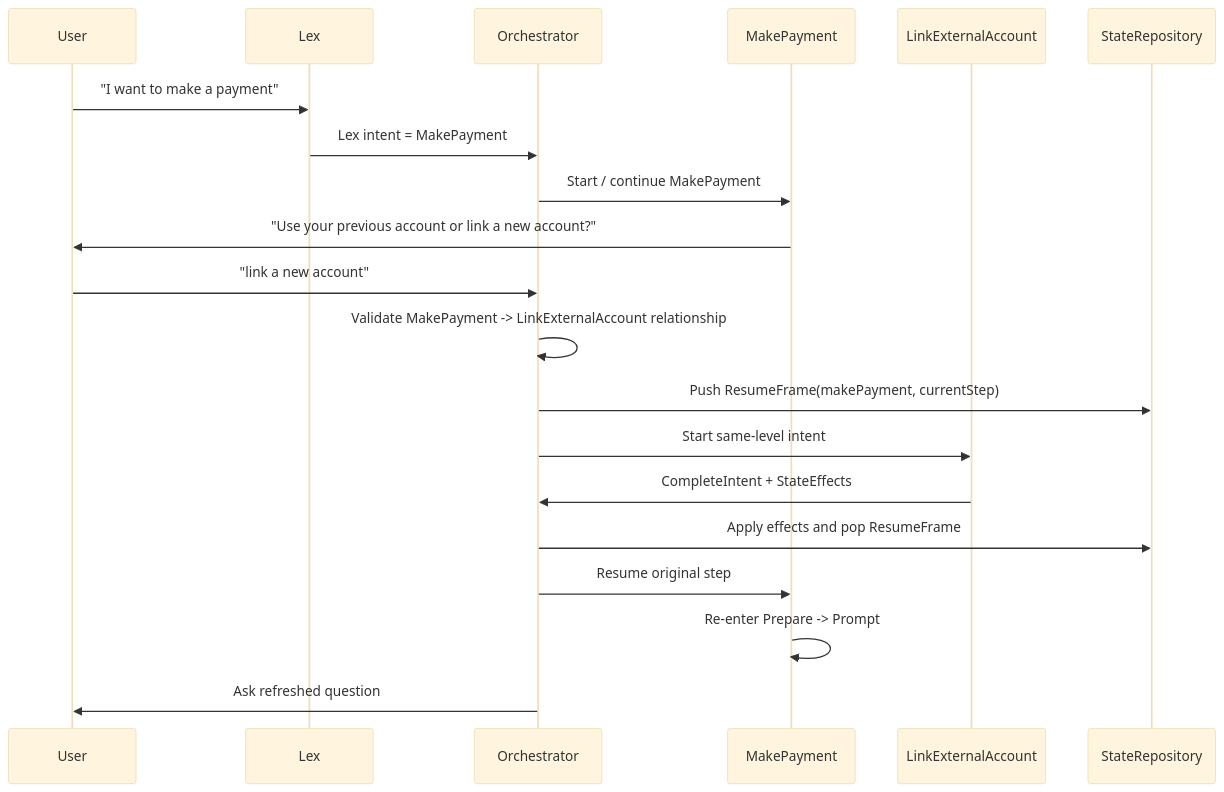
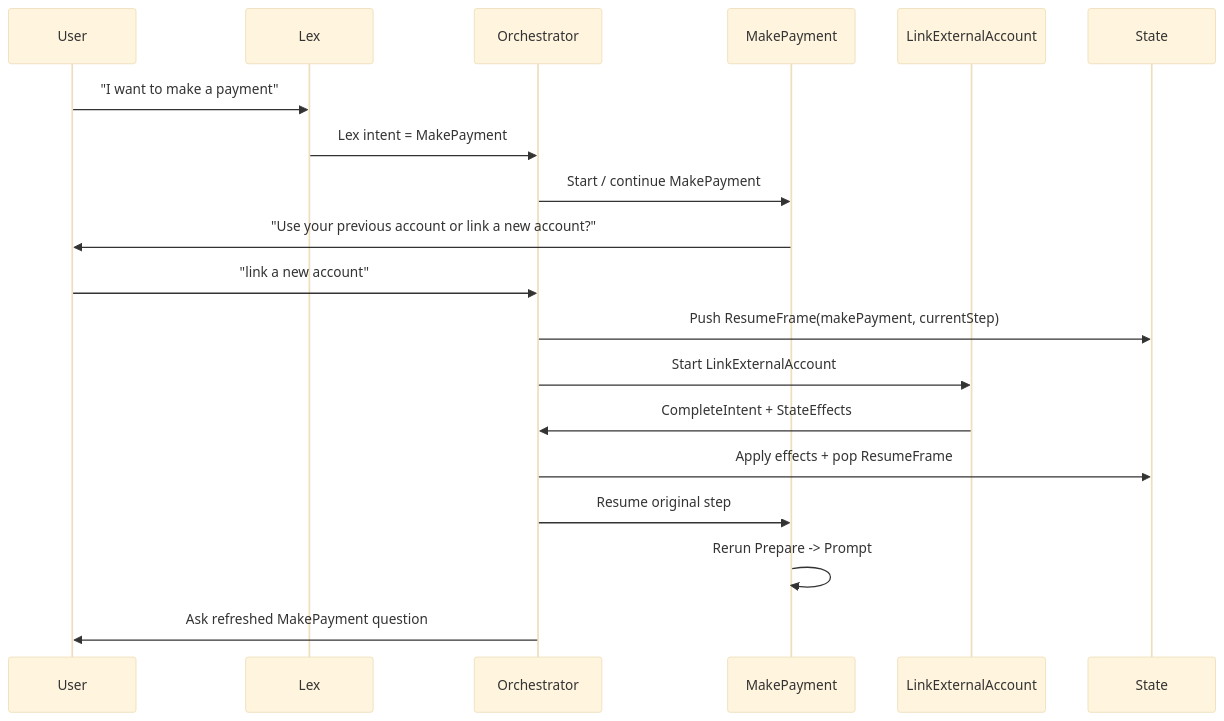
The third of 8 diagrams in docs/superpowers/specs/2026-06-07-intent-step-orchestration-confluence.md (fghjkl007/adk-go-company-model-integration), drawn with Mermaid (base theme) before and after one commit. The commit also changed other lines of this file, not shown here.

Commit message:
docs: simplify confluence demo diagrams

````diff
--- a/docs/superpowers/specs/2026-06-07-intent-step-orchestration-confluence.md
+++ b/docs/superpowers/specs/2026-06-07-intent-step-orchestration-confluence.md
@@ -147,23 +69,22 @@
 ```mermaid
 sequenceDiagram
   participant User
   participant Lex
   participant Orchestrator
   participant MakePayment
   participant LinkExternalAccount
-  participant StateRepository
+  participant State
 
   User->>Lex: "I want to make a payment"
   Lex->>Orchestrator: Lex intent = MakePayment
   Orchestrator->>MakePayment: Start / continue MakePayment
   MakePayment->>User: "Use your previous account or link a new account?"
   User->>Orchestrator: "link a new account"
-  Orchestrator->>Orchestrator: Validate MakePayment -> LinkExternalAccount relationship
-  Orchestrator->>StateRepository: Push ResumeFrame(makePayment, currentStep)
-  Orchestrator->>LinkExternalAccount: Start same-level intent
+  Orchestrator->>State: Push ResumeFrame(makePayment, currentStep)
+  Orchestrator->>LinkExternalAccount: Start LinkExternalAccount
   LinkExternalAccount->>Orchestrator: CompleteIntent + StateEffects
-  Orchestrator->>StateRepository: Apply effects and pop ResumeFrame
+  Orchestrator->>State: Apply effects + pop ResumeFrame
   Orchestrator->>MakePayment: Resume original step
-  MakePayment->>MakePayment: Re-enter Prepare -> Prompt
-  Orchestrator->>User: Ask refreshed question
+  MakePayment->>MakePayment: Rerun Prepare -> Prompt
+  Orchestrator->>User: Ask refreshed MakePayment question
 ```
````
